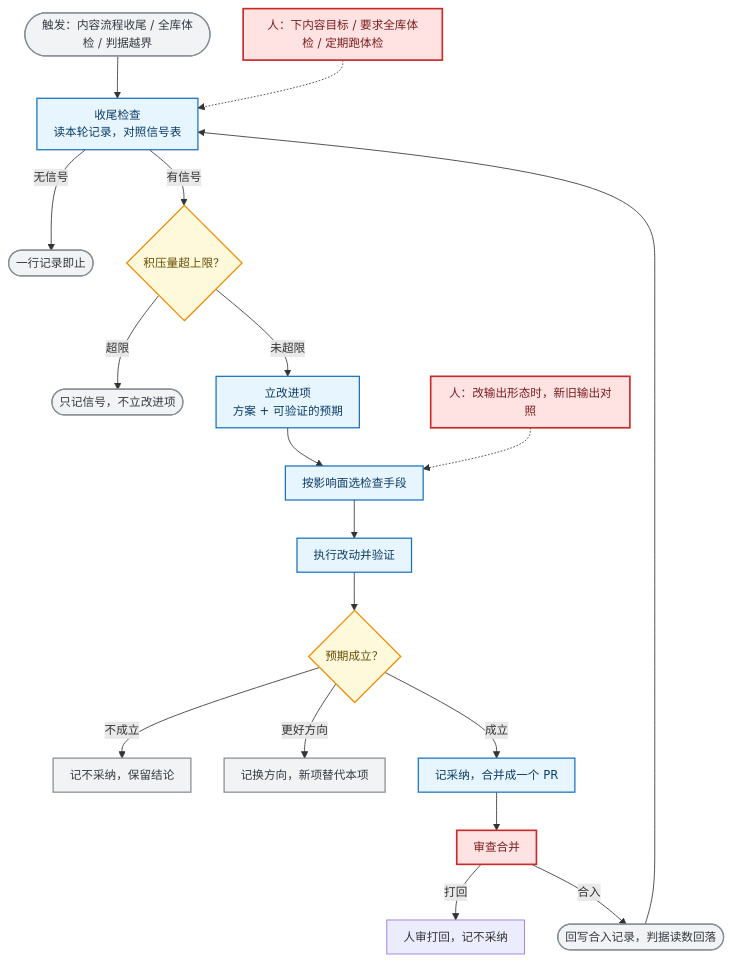
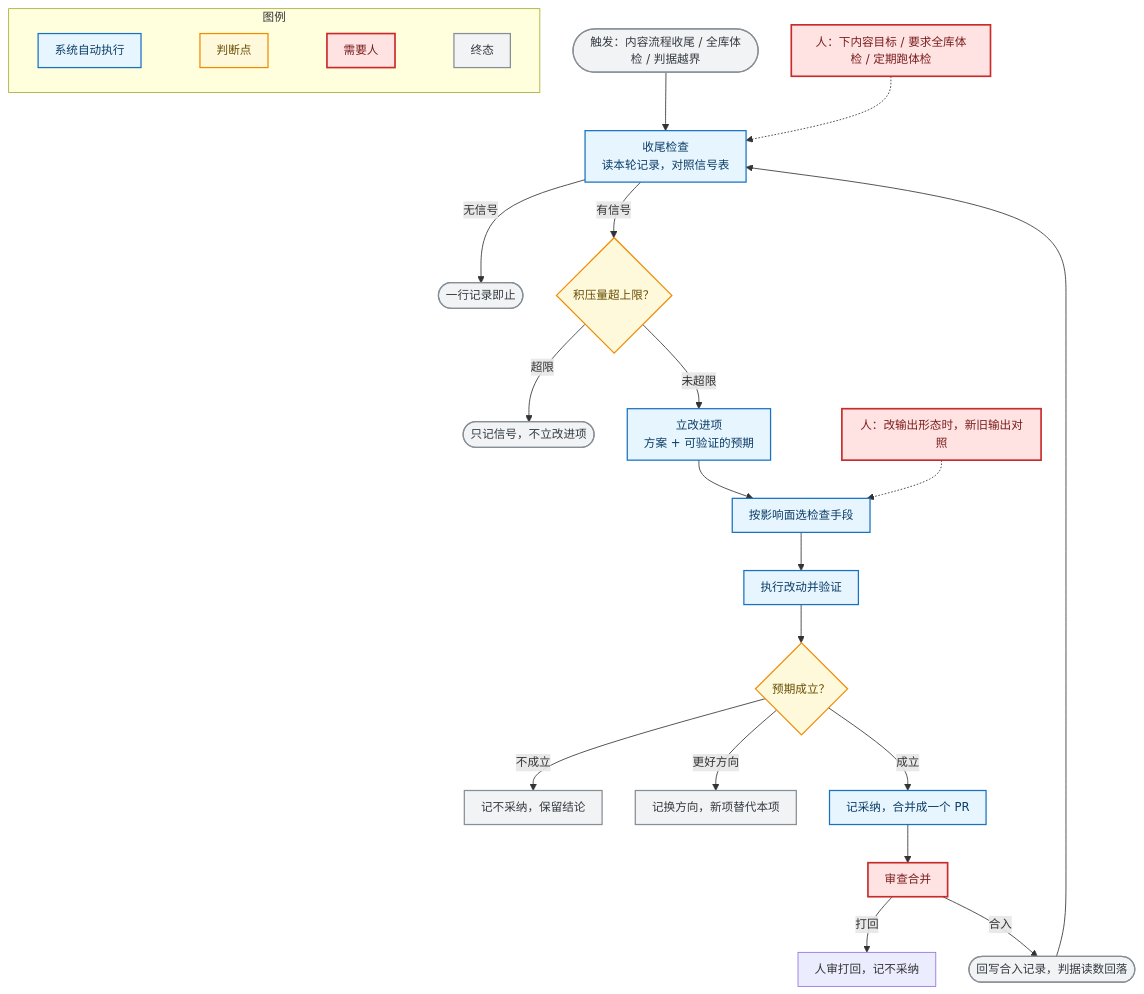
One commit to pillumina/ascend-sleuth changed the second of 2 diagrams in docs/mechanism/rsi-mechanism.md. Above: the diagram before and after it, drawn with Mermaid. The commit also changed other lines of this file and 11 other files, not shown here.

````diff
--- a/docs/mechanism/rsi-mechanism.md
+++ b/docs/mechanism/rsi-mechanism.md
@@ -92,27 +106,32 @@
 ```mermaid
 %%{init: {'themeVariables':{'fontSize':'14px'},'flowchart':{'curve':'basis','nodeSpacing':40,'rankSpacing':46,'padding':10}}}%%
 flowchart TD
     T(["触发：内容流程收尾 / 全库体检 / 判据越界"]) --> A1["收尾检查<br/>读本轮记录，对照信号表"]
     A1 -->|无信号| Z1(["一行记录即止"])
     A1 -->|有信号| Q2{"积压量超上限？"}
     Q2 -->|超限| Z2(["只记信号，不立改进项"])
     Q2 -->|未超限| A4["立改进项<br/>方案 + 可验证的预期"]
     A4 --> A5["按影响面选检查手段"] --> A6["执行改动并验证"] --> Q3{"预期成立？"}
     Q3 -->|不成立| Z3["记不采纳，保留结论"]
     Q3 -->|更好方向| Z4["记换方向，新项替代本项"]
     Q3 -->|成立| A11["记采纳，合并成一个 PR"]
     A11 --> M3["审查合并"]
     M3 -->|打回| Z5["人审打回，记不采纳"]
     M3 -->|合入| DONE(["回写合入记录，判据读数回落"]) --> A1
     M1["人：下内容目标 / 要求全库体检 / 定期跑体检"] -.-> A1
     M2["人：改输出形态时，新旧输出对照"] -.-> A5
 
+    subgraph LEG["图例"]
+        direction LR
+        L1["系统自动执行"]:::auto ~~~ L2["判断点"]:::dec ~~~ L3["需要人"]:::human ~~~ L4["终态"]:::term
+    end
+
     classDef auto fill:#e7f5ff,stroke:#1971c2,stroke-width:1.5px,color:#0b3d66
     classDef dec fill:#fff9db,stroke:#f08c00,stroke-width:1.5px,color:#664d03
     classDef human fill:#ffe3e3,stroke:#c92a2a,stroke-width:2px,color:#7a1c1c
     classDef term fill:#f1f3f5,stroke:#868e96,stroke-width:1.5px,color:#343a40
     class A1,A4,A5,A6,A11 auto
     class Q2,Q3 dec
     class M1,M2,M3 human
     class T,Z1,Z2,Z3,Z4,DONE term
 ```
````
